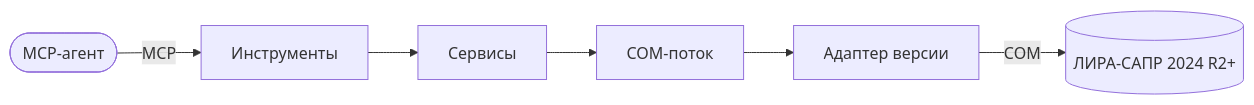
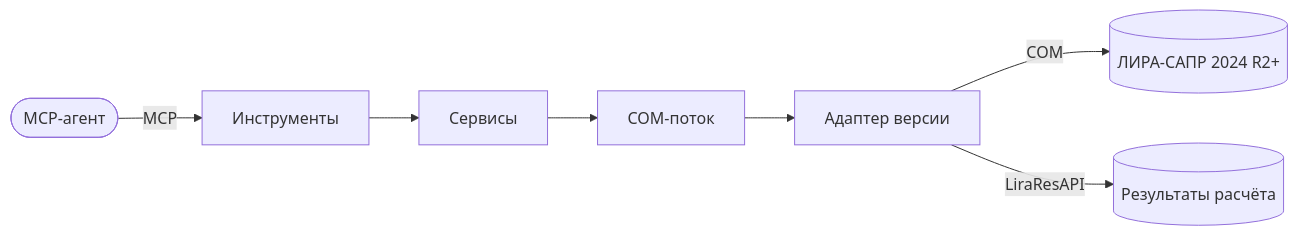
The diagram in docs/index.md (EvgenVer/lira-sapr-mcp), drawn with Mermaid before and after one commit. The commit also changed other lines of this file and 9 other files, not shown here.

First line of the commit message:
Document stage 1 as built: server, main flow, operations

````diff
--- a/docs/index.md
+++ b/docs/index.md
@@ -6,8 +6,9 @@
 ```mermaid
 flowchart LR
   A([MCP-агент]) -->|MCP| T[Инструменты]
   T --> S[Сервисы]
   S --> Q[COM-поток]
   Q --> AD[Адаптер версии]
   AD -->|COM| L[(ЛИРА-САПР 2024 R2+)]
+  AD -->|LiraResAPI| R[(Результаты расчёта)]
 ```
````
